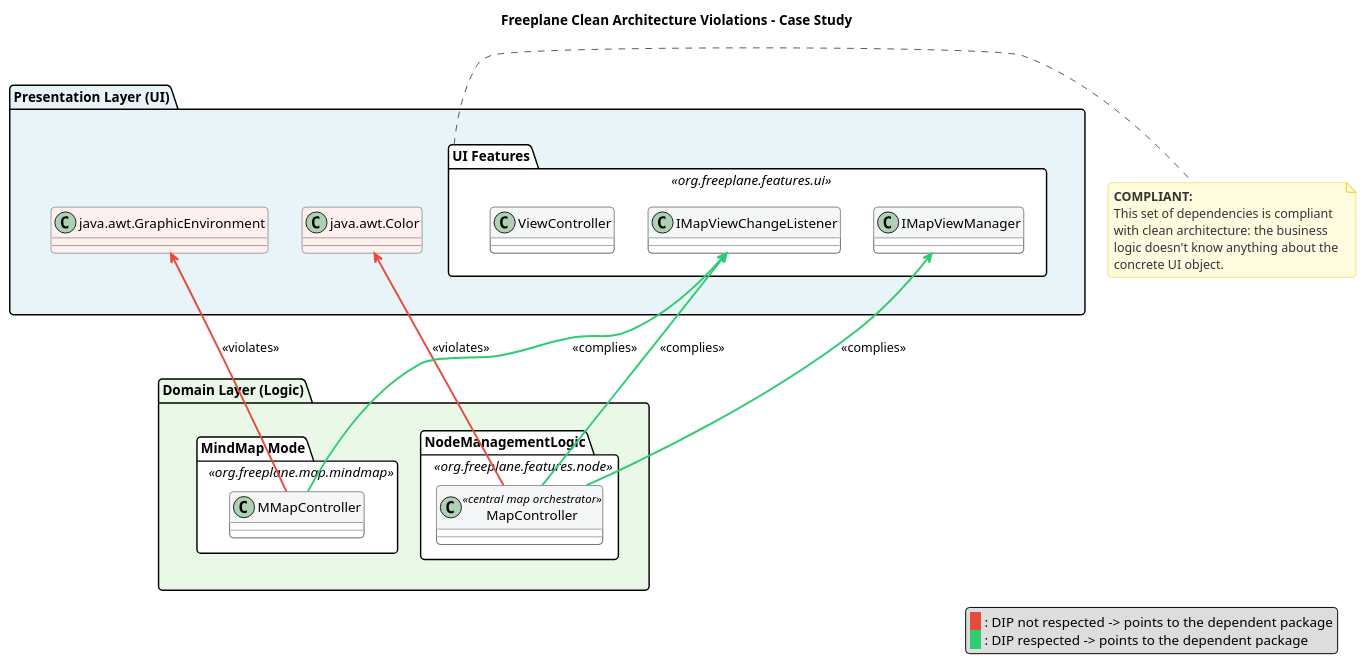
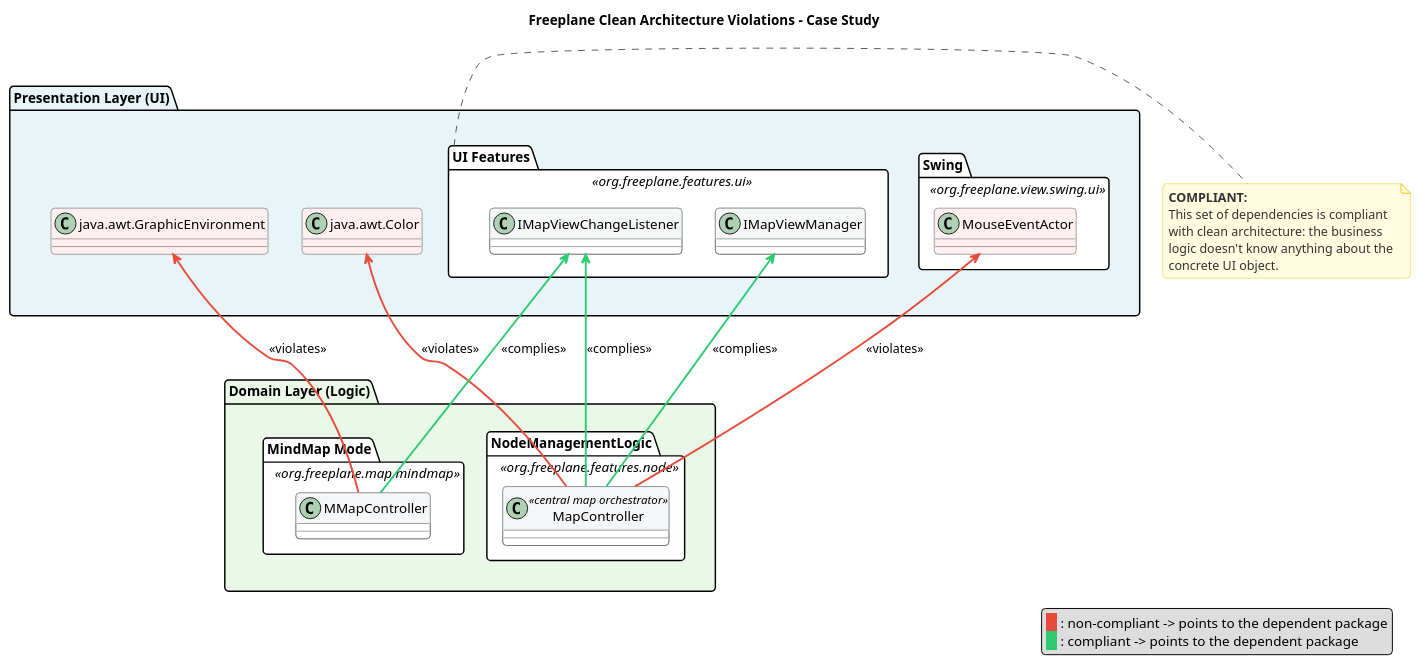
The first of 4 diagrams in doc/analysis/md/architecture_report_template.md (SWD-ARCH-Group-Team-22/project), drawn with PlantUML before and after one commit. The commit also changed other lines of this file, not shown here.

Commit message:
fix: improved clean architecture analysis

```diff
--- a/doc/analysis/md/architecture_report_template.md
+++ b/doc/analysis/md/architecture_report_template.md
@@ -75,7 +76,10 @@
             }
             class IMapViewManager {
             }
-            class ViewController {}
+        }
+
+        package "Swing" as swift <<org.freeplane.view.swing.ui>> #FFFFFF {
+            class MouseEventActor #FFF0F0 {}
         }
     }
 
@@ -99,9 +103,11 @@
 
     MapController -[#2ECC71,thickness=2]up-> IMapViewChangeListener : <<complies>>
     MapController -[#2ECC71,thickness=2]up-> IMapViewManager : <<complies>>
+    MapController -[#E74C3C,thickness=2]up-> MouseEventActor : <<violates>>
 
     MMapController -[#2ECC71,thickness=2]up-> IMapViewChangeListener : <<complies>>
     MMapController -[#E74C3C,thickness=2]up-> GraphicEnvironment : <<violates>>
+
 
 
     note right of UIFeatures
@@ -113,8 +119,8 @@
     end note
 
     legend right
-        <back:#E74C3C>   </back> : DIP not respected -> points to the dependent package
-        <back:#2ECC71>   </back> : DIP respected -> points to the dependent package
+        <back:#E74C3C>   </back> : non-compliant -> points to the dependent package
+        <back:#2ECC71>   </back> : compliant -> points to the dependent package
     endlegend
 
     @enduml
```
